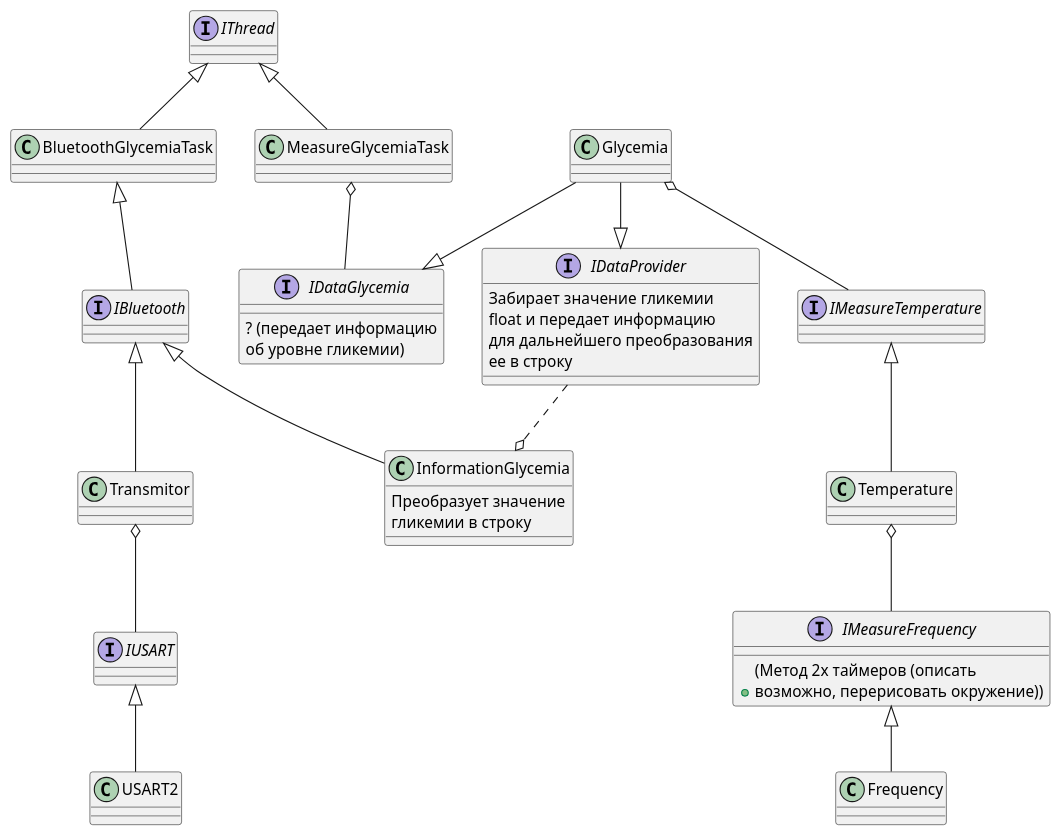
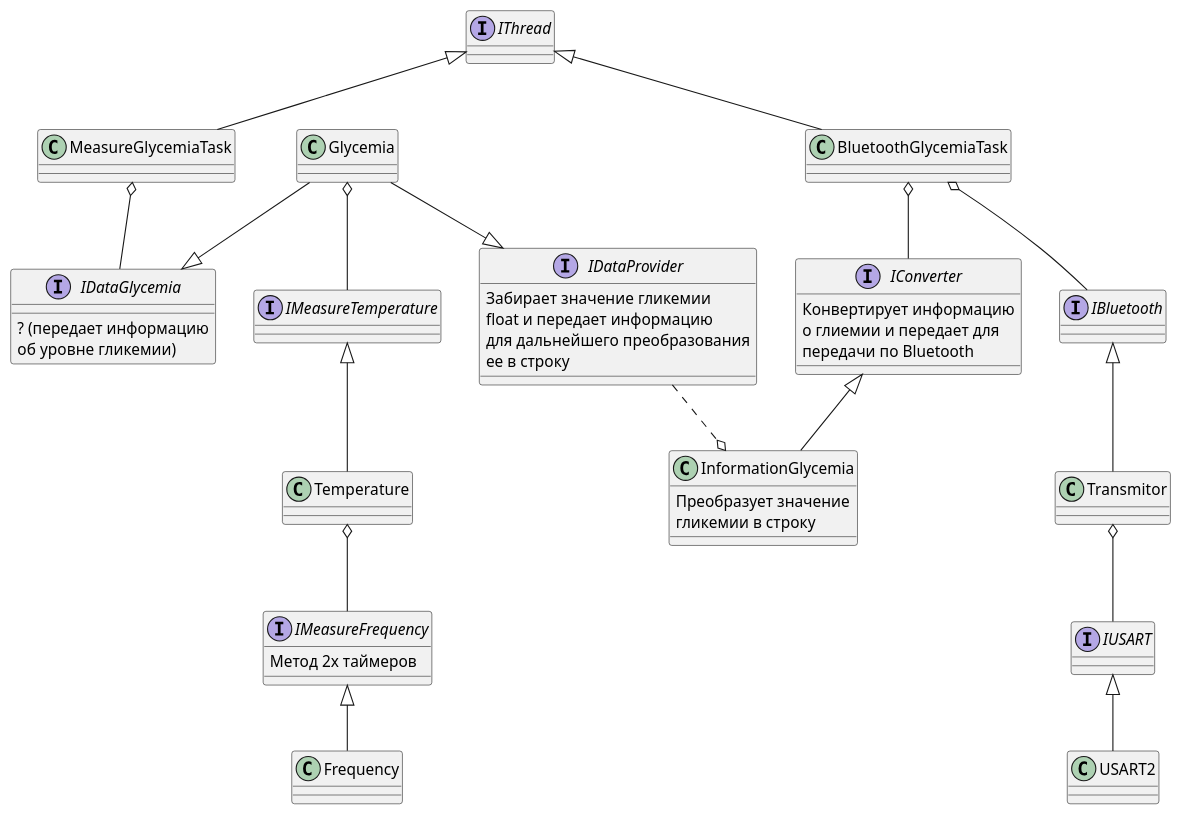
One commit to Luda-Seliv-KE-413/Kursovoy changed the diagram in DOC/Diagram.puml. Above: the diagram before and after it, drawn with PlantUML. The commit also changed 4 other files, not shown here.

```diff
--- a/DOC/Diagram.puml
+++ b/DOC/Diagram.puml
@@ -1,57 +1,64 @@
 @startuml name 
 
 interface IThread
 class MeasureGlycemiaTask
 class Glycemia
 interface IMeasureTemperature
 class Temperature
 interface IMeasureFrequency
 {
-    (Метод 2х таймеров (описать 
-    + возможно, перерисовать окружение))
+    Метод 2х таймеров
 }
 class Frequency
 
 IThread <|-down- MeasureGlycemiaTask
 IDataGlycemia -up-o MeasureGlycemiaTask
 IDataGlycemia <|-up- Glycemia
 IMeasureTemperature -up-o Glycemia
 Temperature -up-|> IMeasureTemperature
 Frequency -up-|> IMeasureFrequency
 IMeasureFrequency -up-o Temperature
 
 
 class BluetoothGlycemiaTask
 class USART2
 class Transmitor
 interface IDataGlycemia
 {
     ? (передает информацию
     об уровне гликемии)
 }
 class InformationGlycemia
 {
     Преобразует значение 
     гликемии в строку
 }
 interface IBluetooth
 interface IUSART
+interface IConverter
+{
+    Конвертирует информацию 
+    о глиемии и передает для 
+    передачи по Bluetooth
+}
 interface IDataProvider
 {
     Забирает значение гликемии
     float и передает информацию
     для дальнейшего преобразования
     ее в строку
 }
 
 IThread <|-- BluetoothGlycemiaTask
-BluetoothGlycemiaTask <|-- IBluetooth
+BluetoothGlycemiaTask o-- IBluetooth
 Transmitor -up-|> IBluetooth
 IUSART -up-o Transmitor
 USART2 -up-|> IUSART
-InformationGlycemia -up-|> IBluetooth
+InformationGlycemia -up-|> IConverter
+IConverter -up-o BluetoothGlycemiaTask
+
 
 InformationGlycemia o.up.IDataProvider
 Glycemia --|> IDataProvider
 
 @enduml
```
